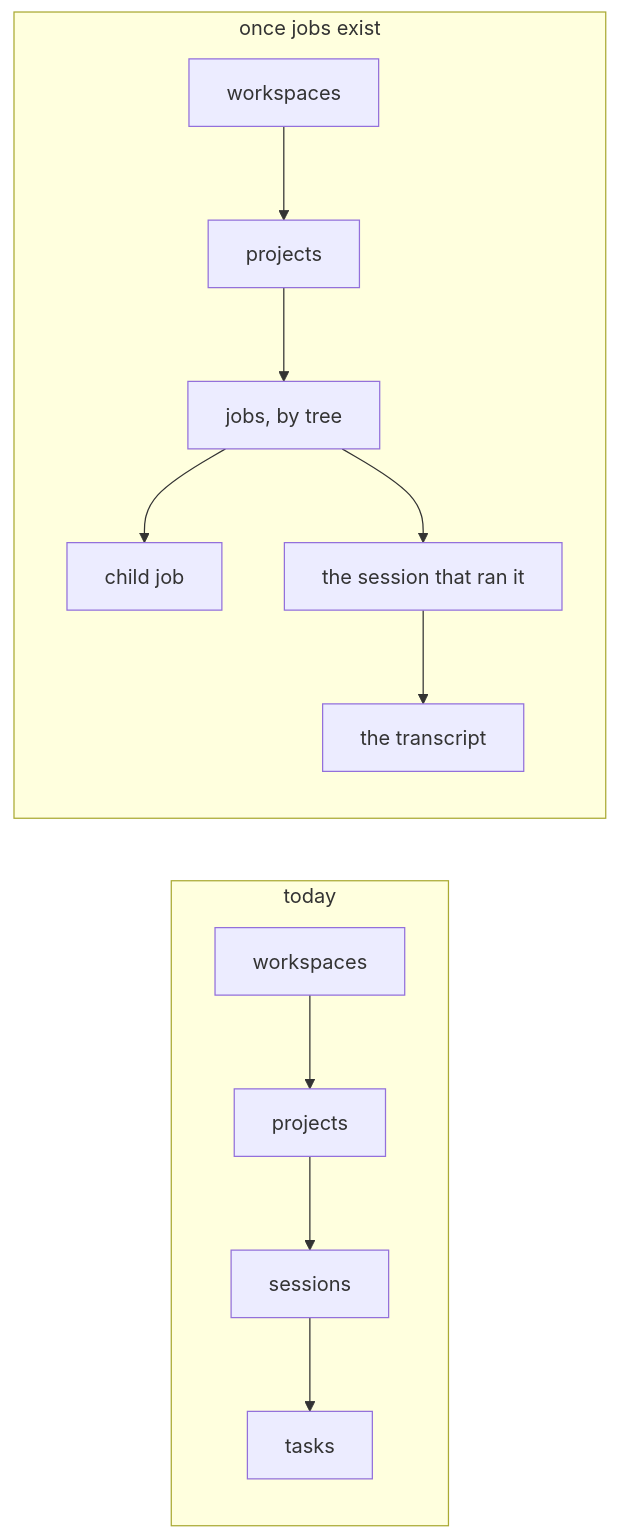
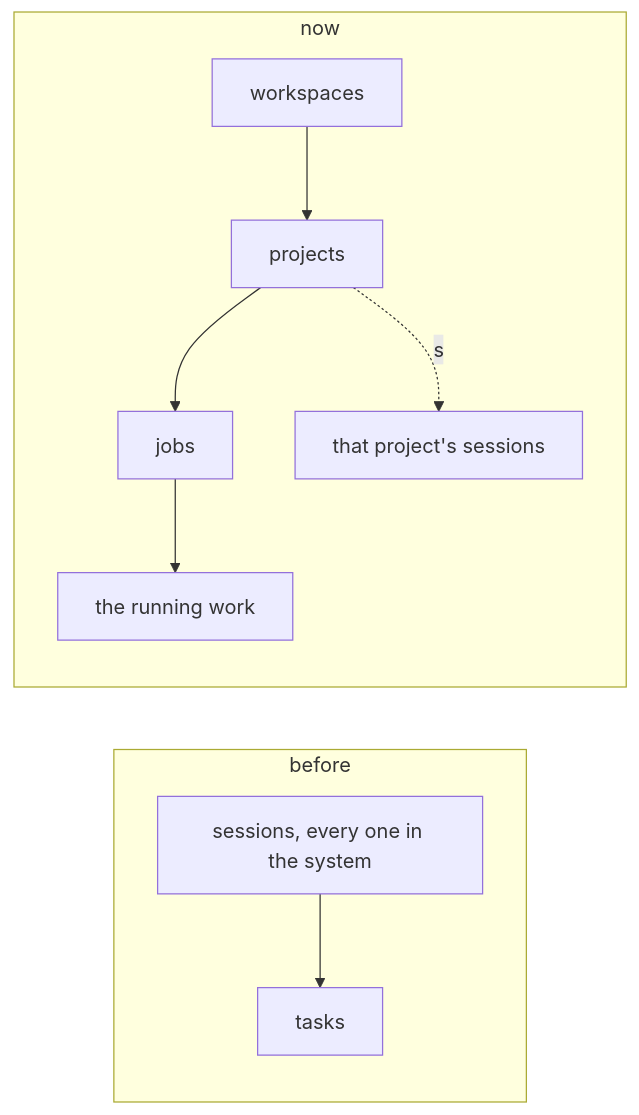
One commit to atlantic-blue/quay-crew changed diagram 20 of 25 in docs/ORCHESTRATION.md. Above: the diagram before and after it, drawn with Mermaid. The commit also changed other lines of this file and 14 other files, not shown here.

Commit message:
608: feat: the console opens on the workspaces and each key goes one level down

````diff
--- a/docs/ORCHESTRATION.md
+++ b/docs/ORCHESTRATION.md
@@ -3037,12 +3043,10 @@
 ```mermaid
 flowchart LR
-    subgraph NOW["today"]
-        W1["workspaces"] --> P1["projects"] --> S1["sessions"] --> T1["tasks"]
+    subgraph BEFORE["before"]
+        S0["sessions, every one in the system"] --> T0["tasks"]
     end
-    subgraph NEXT["once jobs exist"]
-        W2["workspaces"] --> P2["projects"] --> K2["jobs, by tree"]
-        K2 --> K3["child job"]
-        K2 --> S2["the session that ran it"]
-        S2 --> T2["the transcript"]
+    subgraph NOW["now"]
+        W2["workspaces"] --> P2["projects"] --> K2["jobs"] --> R2["the running work"]
+        P2 -.->|"s"| S2["that project's sessions"]
     end
 ```
````
